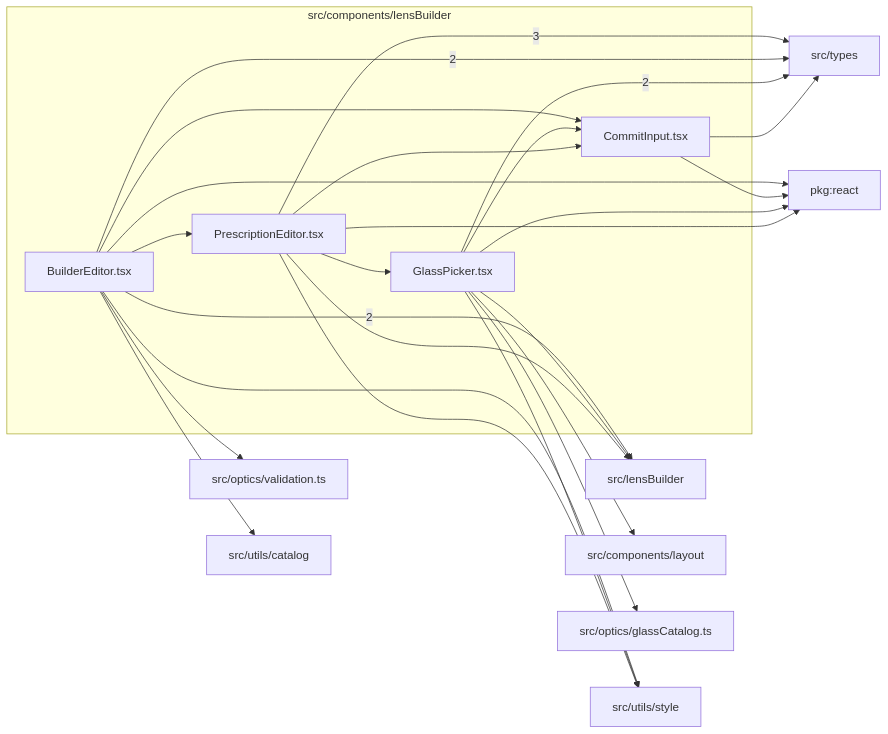
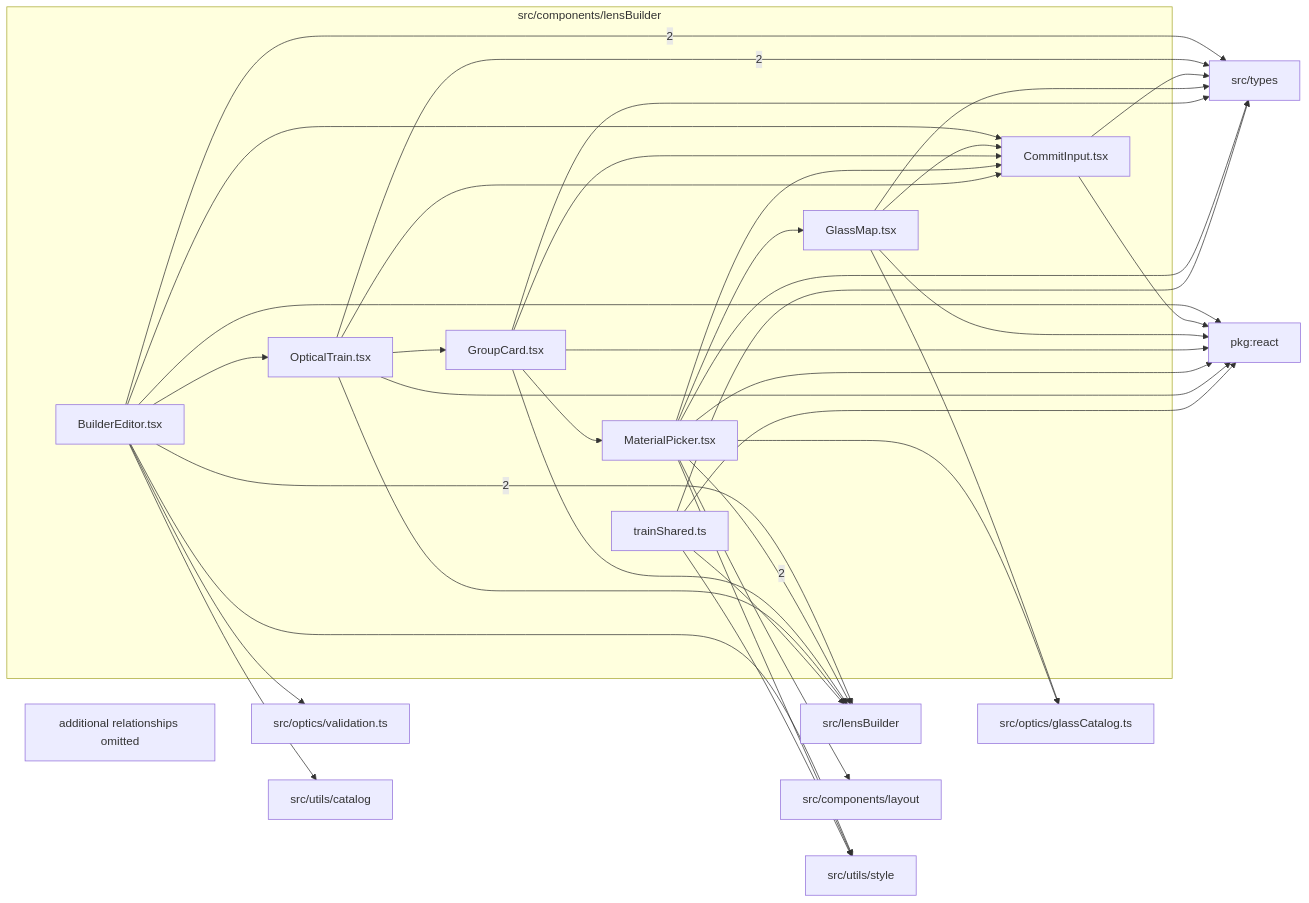
One commit to ronbuening/LensVisualizer changed the diagram in src/components/lensBuilder/readme.md. Above: the diagram before and after it, drawn with Mermaid. The commit also changed other lines of this file and 24 other files, not shown here.

First line of the commit message:
Redesign the lens builder around elements, gaps and materials

````diff
--- a/src/components/lensBuilder/readme.md
+++ b/src/components/lensBuilder/readme.md
@@ -9,40 +9,57 @@
 ```mermaid
 flowchart LR
   subgraph n_src_components_lensBuilder["src/components/lensBuilder"]
     n_src_components_lensBuilder_src_components_lensBuilder_BuilderEditor_tsx["BuilderEditor.tsx"]
     n_src_components_lensBuilder_src_components_lensBuilder_CommitInput_tsx["CommitInput.tsx"]
-    n_src_components_lensBuilder_src_components_lensBuilder_GlassPicker_tsx["GlassPicker.tsx"]
-    n_src_components_lensBuilder_src_components_lensBuilder_PrescriptionEditor_tsx["PrescriptionEditor.tsx"]
+    n_src_components_lensBuilder_src_components_lensBuilder_GlassMap_tsx["GlassMap.tsx"]
+    n_src_components_lensBuilder_src_components_lensBuilder_GroupCard_tsx["GroupCard.tsx"]
+    n_src_components_lensBuilder_src_components_lensBuilder_MaterialPicker_tsx["MaterialPicker.tsx"]
+    n_src_components_lensBuilder_src_components_lensBuilder_OpticalTrain_tsx["OpticalTrain.tsx"]
+    n_src_components_lensBuilder_src_components_lensBuilder_trainShared_ts["trainShared.ts"]
   end
+  n_external_src_lensBuilder["src/lensBuilder"]
   n_external_src_types["src/types"]
-  n_external_src_lensBuilder["src/lensBuilder"]
   n_external_pkg_react["pkg:react"]
   n_external_src_components_layout["src/components/layout"]
   n_external_src_optics_glassCatalog_ts["src/optics/glassCatalog.ts"]
   n_external_src_optics_validation_ts["src/optics/validation.ts"]
   n_external_src_utils_catalog["src/utils/catalog"]
   n_external_src_utils_style["src/utils/style"]
-  n_src_components_lensBuilder_src_components_lensBuilder_PrescriptionEditor_tsx --> |3| n_external_src_types
   n_src_components_lensBuilder_src_components_lensBuilder_BuilderEditor_tsx --> |2| n_external_src_lensBuilder
+  n_src_components_lensBuilder_src_components_lensBuilder_MaterialPicker_tsx --> |2| n_external_src_lensBuilder
   n_src_components_lensBuilder_src_components_lensBuilder_BuilderEditor_tsx --> |2| n_external_src_types
-  n_src_components_lensBuilder_src_components_lensBuilder_GlassPicker_tsx --> |2| n_external_src_types
+  n_src_components_lensBuilder_src_components_lensBuilder_OpticalTrain_tsx --> |2| n_external_src_types
   n_src_components_lensBuilder_src_components_lensBuilder_BuilderEditor_tsx --> n_external_pkg_react
   n_src_components_lensBuilder_src_components_lensBuilder_CommitInput_tsx --> n_external_pkg_react
-  n_src_components_lensBuilder_src_components_lensBuilder_GlassPicker_tsx --> n_external_pkg_react
-  n_src_components_lensBuilder_src_components_lensBuilder_PrescriptionEditor_tsx --> n_external_pkg_react
-  n_src_components_lensBuilder_src_components_lensBuilder_GlassPicker_tsx --> n_external_src_components_layout
-  n_src_components_lensBuilder_src_components_lensBuilder_GlassPicker_tsx --> n_external_src_lensBuilder
-  n_src_components_lensBuilder_src_components_lensBuilder_PrescriptionEditor_tsx --> n_external_src_lensBuilder
-  n_src_components_lensBuilder_src_components_lensBuilder_GlassPicker_tsx --> n_external_src_optics_glassCatalog_ts
+  n_src_components_lensBuilder_src_components_lensBuilder_GlassMap_tsx --> n_external_pkg_react
+  n_src_components_lensBuilder_src_components_lensBuilder_GroupCard_tsx --> n_external_pkg_react
+  n_src_components_lensBuilder_src_components_lensBuilder_MaterialPicker_tsx --> n_external_pkg_react
+  n_src_components_lensBuilder_src_components_lensBuilder_OpticalTrain_tsx --> n_external_pkg_react
+  n_src_components_lensBuilder_src_components_lensBuilder_trainShared_ts --> n_external_pkg_react
+  n_src_components_lensBuilder_src_components_lensBuilder_MaterialPicker_tsx --> n_external_src_components_layout
+  n_src_components_lensBuilder_src_components_lensBuilder_GroupCard_tsx --> n_external_src_lensBuilder
+  n_src_components_lensBuilder_src_components_lensBuilder_OpticalTrain_tsx --> n_external_src_lensBuilder
+  n_src_components_lensBuilder_src_components_lensBuilder_trainShared_ts --> n_external_src_lensBuilder
+  n_src_components_lensBuilder_src_components_lensBuilder_GlassMap_tsx --> n_external_src_optics_glassCatalog_ts
+  n_src_components_lensBuilder_src_components_lensBuilder_MaterialPicker_tsx --> n_external_src_optics_glassCatalog_ts
   n_src_components_lensBuilder_src_components_lensBuilder_BuilderEditor_tsx --> n_external_src_optics_validation_ts
   n_src_components_lensBuilder_src_components_lensBuilder_CommitInput_tsx --> n_external_src_types
+  n_src_components_lensBuilder_src_components_lensBuilder_GlassMap_tsx --> n_external_src_types
+  n_src_components_lensBuilder_src_components_lensBuilder_GroupCard_tsx --> n_external_src_types
+  n_src_components_lensBuilder_src_components_lensBuilder_MaterialPicker_tsx --> n_external_src_types
+  n_src_components_lensBuilder_src_components_lensBuilder_trainShared_ts --> n_external_src_types
   n_src_components_lensBuilder_src_components_lensBuilder_BuilderEditor_tsx --> n_external_src_utils_catalog
   n_src_components_lensBuilder_src_components_lensBuilder_BuilderEditor_tsx --> n_external_src_utils_style
-  n_src_components_lensBuilder_src_components_lensBuilder_GlassPicker_tsx --> n_external_src_utils_style
-  n_src_components_lensBuilder_src_components_lensBuilder_PrescriptionEditor_tsx --> n_external_src_utils_style
+  n_src_components_lensBuilder_src_components_lensBuilder_MaterialPicker_tsx --> n_external_src_utils_style
+  n_src_components_lensBuilder_src_components_lensBuilder_trainShared_ts --> n_external_src_utils_style
   n_src_components_lensBuilder_src_components_lensBuilder_BuilderEditor_tsx --> n_src_components_lensBuilder_src_components_lensBuilder_CommitInput_tsx
-  n_src_components_lensBuilder_src_components_lensBuilder_GlassPicker_tsx --> n_src_components_lensBuilder_src_components_lensBuilder_CommitInput_tsx
-  n_src_components_lensBuilder_src_components_lensBuilder_PrescriptionEditor_tsx --> n_src_components_lensBuilder_src_components_lensBuilder_CommitInput_tsx
-  n_src_components_lensBuilder_src_components_lensBuilder_PrescriptionEditor_tsx --> n_src_components_lensBuilder_src_components_lensBuilder_GlassPicker_tsx
-  n_src_components_lensBuilder_src_components_lensBuilder_BuilderEditor_tsx --> n_src_components_lensBuilder_src_components_lensBuilder_PrescriptionEditor_tsx
+  n_src_components_lensBuilder_src_components_lensBuilder_GlassMap_tsx --> n_src_components_lensBuilder_src_components_lensBuilder_CommitInput_tsx
+  n_src_components_lensBuilder_src_components_lensBuilder_GroupCard_tsx --> n_src_components_lensBuilder_src_components_lensBuilder_CommitInput_tsx
+  n_src_components_lensBuilder_src_components_lensBuilder_MaterialPicker_tsx --> n_src_components_lensBuilder_src_components_lensBuilder_CommitInput_tsx
+  n_src_components_lensBuilder_src_components_lensBuilder_OpticalTrain_tsx --> n_src_components_lensBuilder_src_components_lensBuilder_CommitInput_tsx
+  n_src_components_lensBuilder_src_components_lensBuilder_MaterialPicker_tsx --> n_src_components_lensBuilder_src_components_lensBuilder_GlassMap_tsx
+  n_src_components_lensBuilder_src_components_lensBuilder_OpticalTrain_tsx --> n_src_components_lensBuilder_src_components_lensBuilder_GroupCard_tsx
+  n_src_components_lensBuilder_src_components_lensBuilder_GroupCard_tsx --> n_src_components_lensBuilder_src_components_lensBuilder_MaterialPicker_tsx
+  n_src_components_lensBuilder_src_components_lensBuilder_BuilderEditor_tsx --> n_src_components_lensBuilder_src_components_lensBuilder_OpticalTrain_tsx
+  n_src_components_lensBuilder_truncated["additional relationships omitted"]
 ```
````
